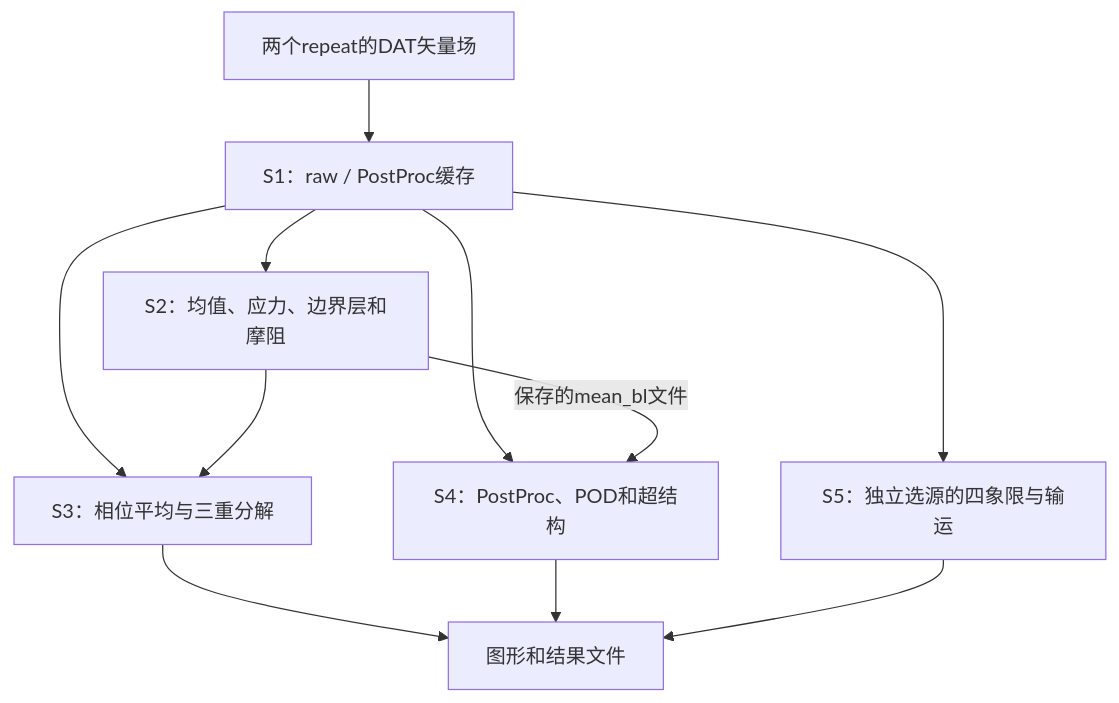
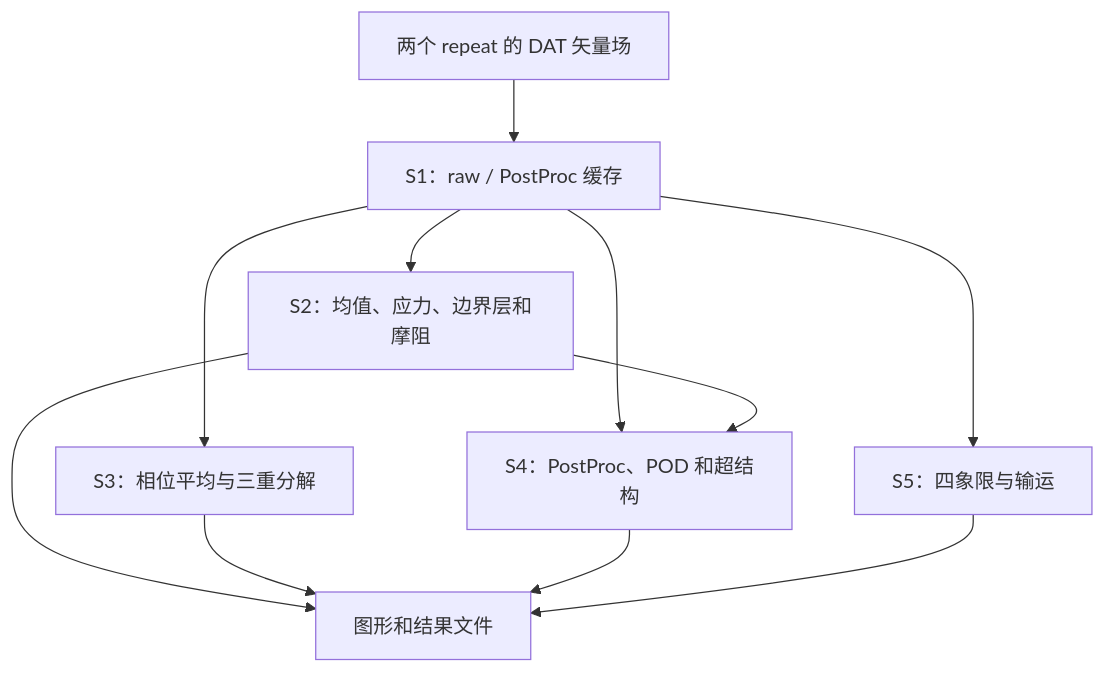
The diagram in code-intelligence/CURRENT_BASELINE.md (Fr4nkMut5um1/AFC-Data-Processing), drawn with Mermaid before and after one commit. The commit also changed other lines of this file, not shown here.

````diff
--- a/code-intelligence/CURRENT_BASELINE.md
+++ b/code-intelligence/CURRENT_BASELINE.md
@@ -28,13 +12,13 @@
 ```mermaid
 flowchart TD
-  A["两个repeat的DAT矢量场"] --> B["S1：raw / PostProc缓存"]
+  A["两个 repeat 的 DAT 矢量场"] --> B["S1：raw / PostProc 缓存"]
   B --> C["S2：均值、应力、边界层和摩阻"]
   B --> D["S3：相位平均与三重分解"]
-  C --> D
-  B --> E["S4：PostProc、POD和超结构"]
-  C -->|"保存的mean_bl文件"| E
-  B --> F["S5：独立选源的四象限与输运"]
-  D --> G["图形和结果文件"]
+  B --> E["S4：PostProc、POD 和超结构"]
+  C --> E
+  B --> F["S5：四象限与输运"]
+  C --> G["图形和结果文件"]
+  D --> G
   E --> G
   F --> G
 ```
````
